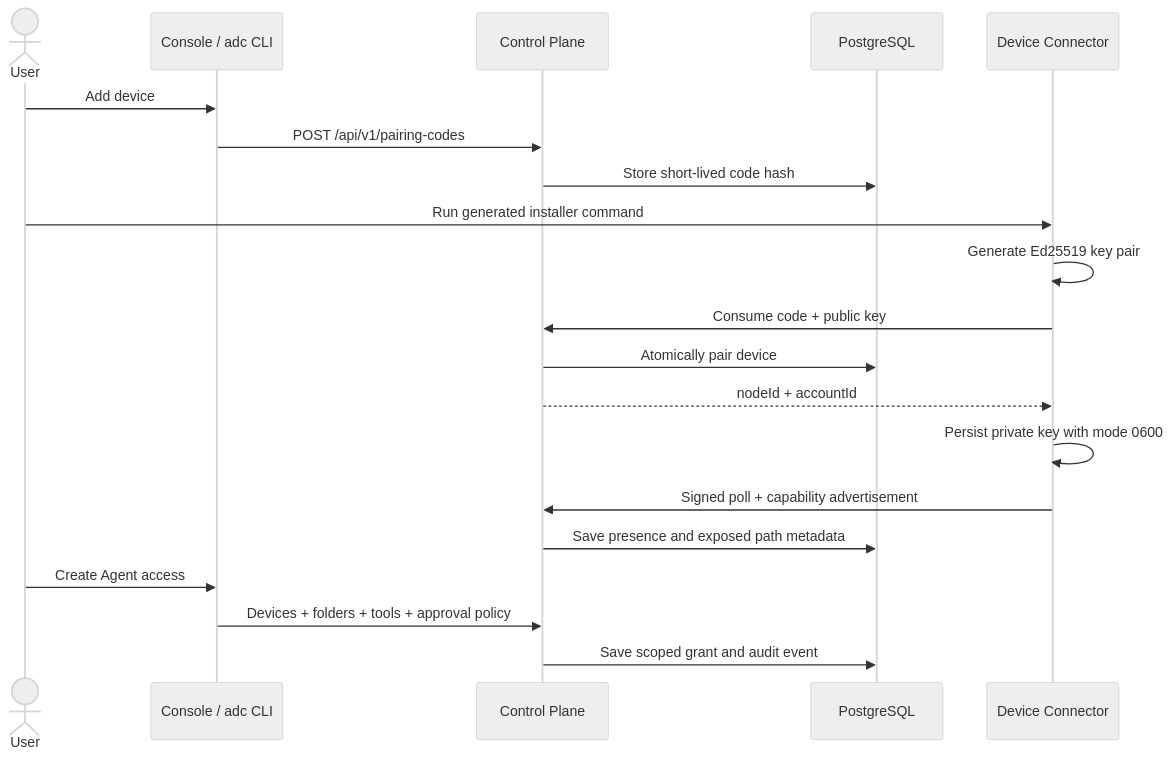
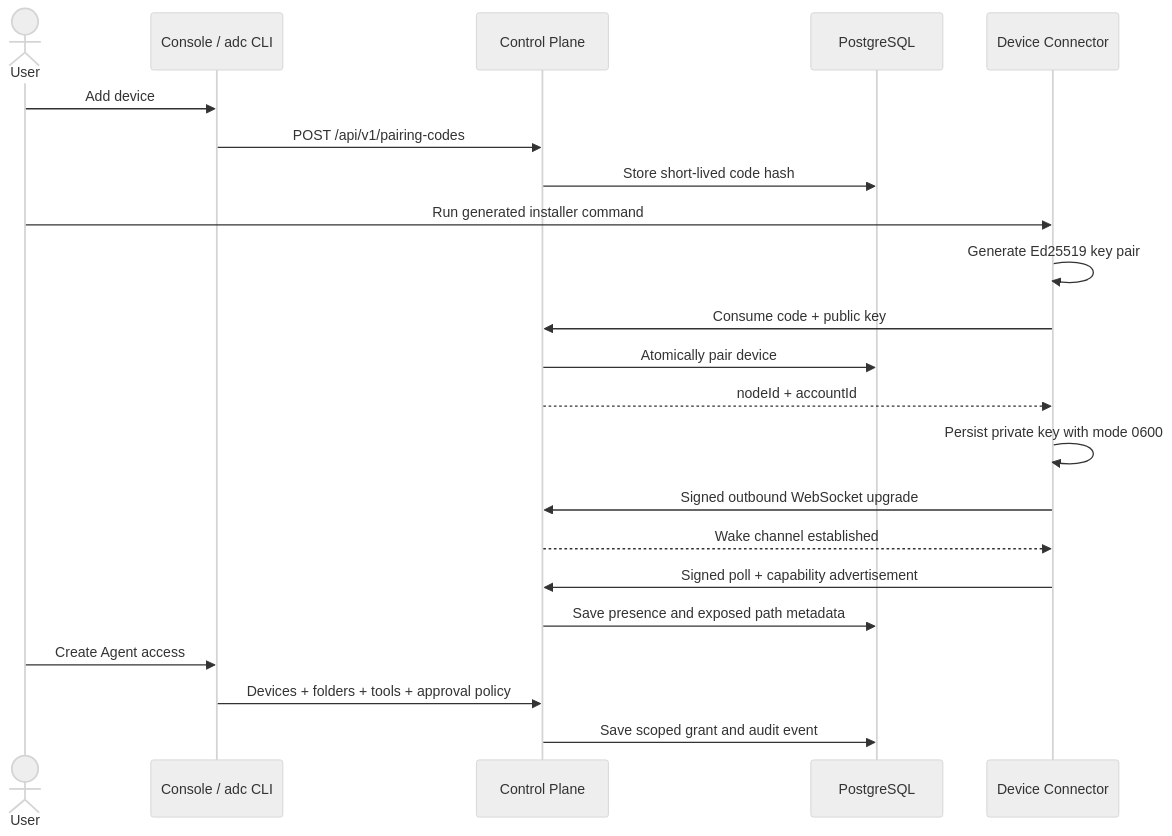
The second of 9 diagrams in docs/system-architecture.md (2812427914/agent-device-cloud), drawn with Mermaid (neutral theme) before and after one commit. The commit also changed other lines of this file and 30 other files, not shown here.

Commit message:
feat: add WebSocket task wakeups

````diff
--- a/docs/system-architecture.md
+++ b/docs/system-architecture.md
@@ -74,23 +74,25 @@
 ```mermaid
 sequenceDiagram
   actor User
   participant Manage as Console / adc CLI
   participant CP as Control Plane
   participant DB as PostgreSQL
   participant Node as Device Connector
 
   User->>Manage: Add device
   Manage->>CP: POST /api/v1/pairing-codes
   CP->>DB: Store short-lived code hash
   User->>Node: Run generated installer command
   Node->>Node: Generate Ed25519 key pair
   Node->>CP: Consume code + public key
   CP->>DB: Atomically pair device
   CP-->>Node: nodeId + accountId
   Node->>Node: Persist private key with mode 0600
+  Node->>CP: Signed outbound WebSocket upgrade
+  CP-->>Node: Wake channel established
   Node->>CP: Signed poll + capability advertisement
   CP->>DB: Save presence and exposed path metadata
   User->>Manage: Create Agent access
   Manage->>CP: Devices + folders + tools + approval policy
   CP->>DB: Save scoped grant and audit event
 ```
````
